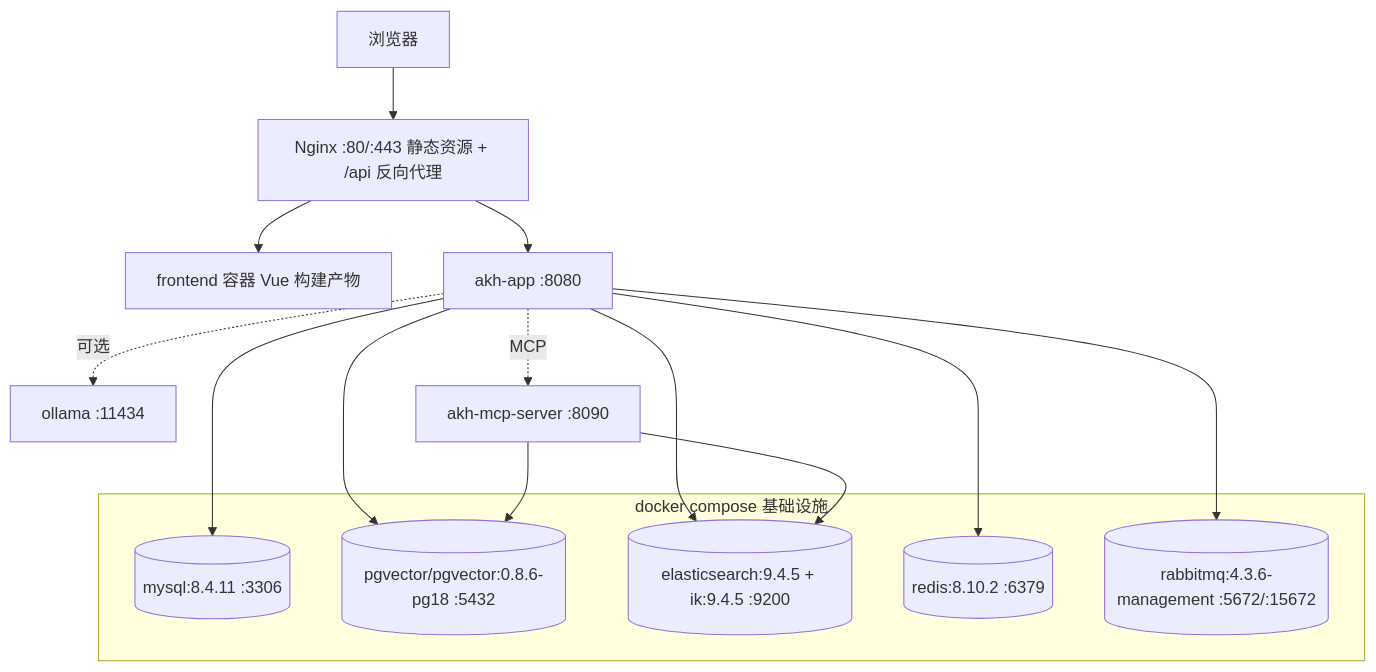
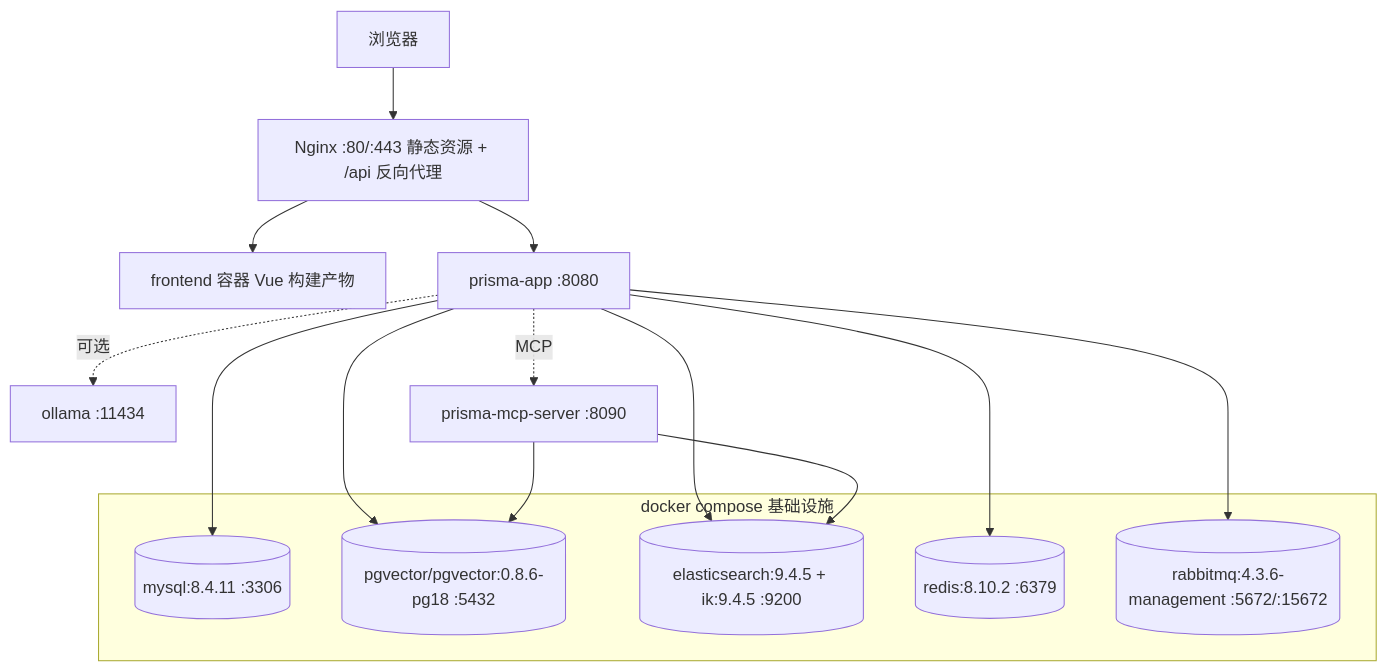
Before and after one commit to Prisdvl/prisdvl-nexus: diagram 15 of 15 in docs/architecture.md, drawn with Mermaid. The commit also changed other lines of this file and 119 other files, not shown here.

````diff
--- a/docs/architecture.md
+++ b/docs/architecture.md
@@ -642,22 +642,22 @@
 ```mermaid
 graph TB
     U["浏览器"] --> NG["Nginx :80/:443 静态资源 + /api 反向代理"]
     NG --> FE["frontend 容器 Vue 构建产物"]
-    NG --> APP["akh-app :8080"]
+    NG --> APP["prisma-app :8080"]
     subgraph Infra["docker compose 基础设施"]
         MY[("mysql:8.4.11 :3306")]
         PG[("pgvector/pgvector:0.8.6-pg18 :5432")]
         ES[("elasticsearch:9.4.5 + ik:9.4.5 :9200")]
         RD[("redis:8.10.2 :6379")]
         MQ[("rabbitmq:4.3.6-management :5672/:15672")]
     end
     APP --> MY
     APP --> PG
     APP --> ES
     APP --> RD
     APP --> MQ
     APP -.可选.-> OL["ollama :11434"]
-    MCPC["akh-mcp-server :8090"] --> PG
+    MCPC["prisma-mcp-server :8090"] --> PG
     MCPC --> ES
     APP -.MCP.-> MCPC
 ```
````
